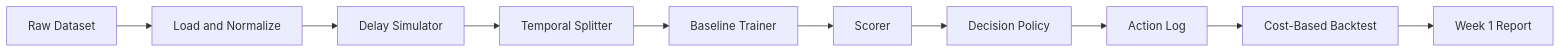
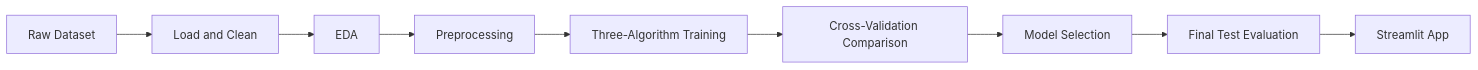
Before and after one commit to kira-ml/delayed-label-fraud-decisioning: the first of 2 diagrams in docs/problem_framing.md, drawn with Mermaid. The commit also changed other lines of this file and 5 other files, not shown here.

First line of the commit message:
docs: restructure for course requirements (3-algorithm primary, cost-sensitive supplementary)

````diff
--- a/docs/problem_framing.md
+++ b/docs/problem_framing.md
@@ -142,12 +198,11 @@
 ```mermaid
 flowchart LR
-    A[Raw Dataset] --> B[Load and Normalize]
-    B --> C[Delay Simulator]
-    C --> D[Temporal Splitter]
-    D --> E[Baseline Trainer]
-    E --> F[Scorer]
-    F --> G[Decision Policy]
-    G --> H[Action Log]
-    H --> I[Cost-Based Backtest]
-    I --> J[Week 1 Report]
+    A[Raw Dataset] --> B[Load and Clean]
+    B --> C[EDA]
+    C --> D[Preprocessing]
+    D --> E[Three-Algorithm Training]
+    E --> F[Cross-Validation Comparison]
+    F --> G[Model Selection]
+    G --> H[Final Test Evaluation]
+    H --> I[Streamlit App]
 ```
````
